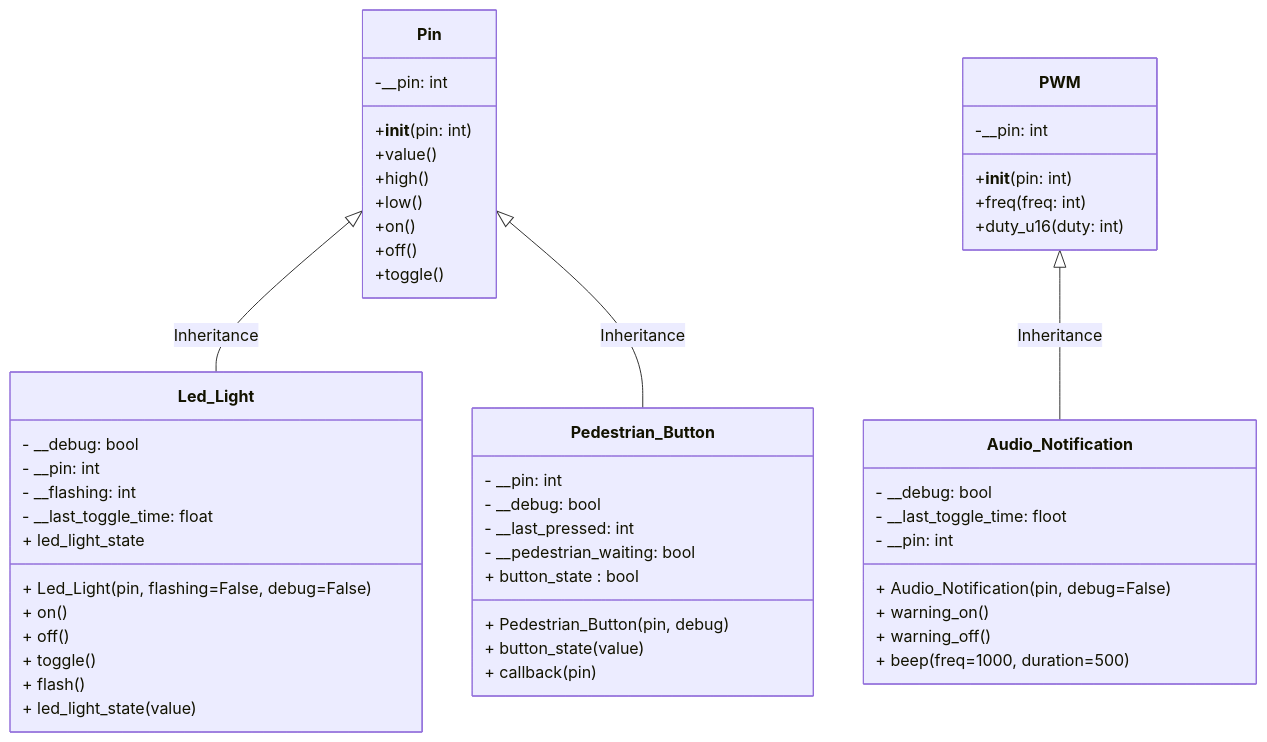
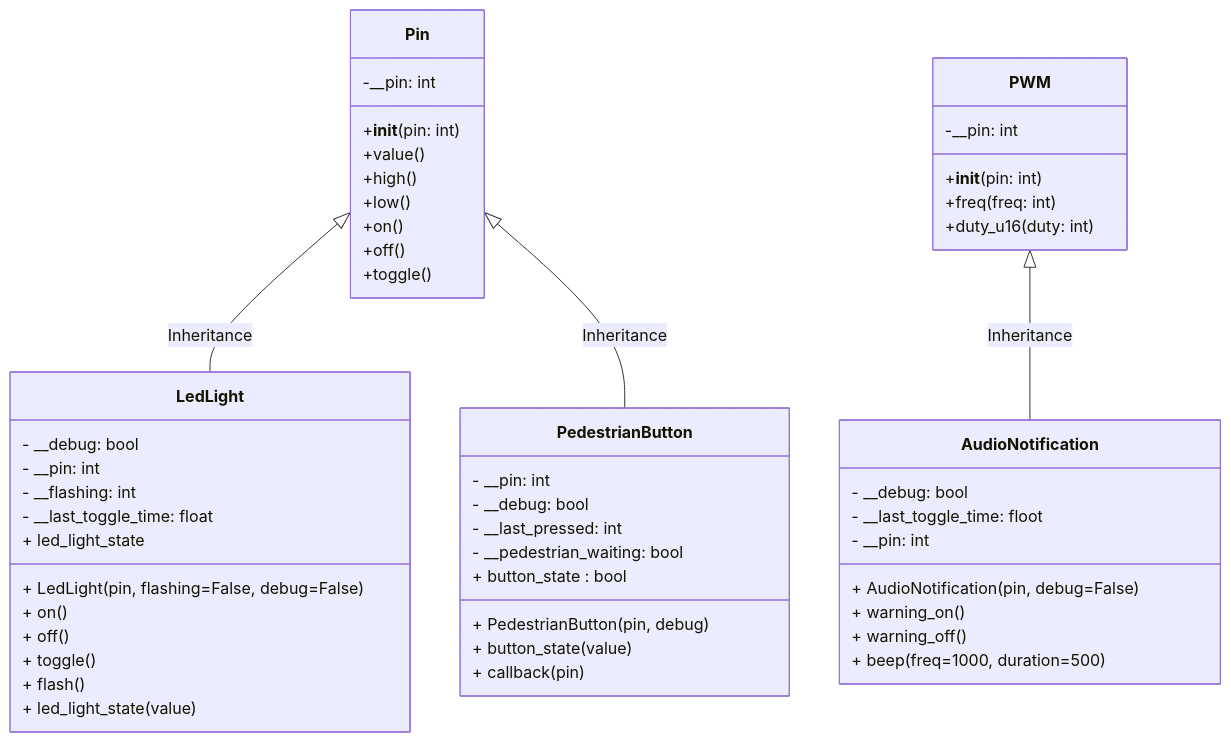
Before and after one commit to TempeHS/MicroPython_OOP_Pi_Pico_Mini_Project_Source: the second of 2 diagrams in tutorials/Lecture1.md, drawn with Mermaid. The commit also changed other lines of this file and 39 other files, not shown here.

````diff
--- a/tutorials/Lecture1.md
+++ b/tutorials/Lecture1.md
@@ -101,59 +101,59 @@
 ```mermaid
 classDiagram
     class Pin {
         -__pin: int
         +__init__(pin: int)
         +value()
         +high()
         +low()
         +on()
         +off()
         +toggle()
     }
 
     class PWM {
         -__pin: int
         +__init__(pin: int)
         +freq(freq: int)
         +duty_u16(duty: int)
     }
 
-    class Audio_Notification {
+    class AudioNotification {
         - __debug: bool
         - __last_toggle_time: floot
         - __pin: int
-        + Audio_Notification(pin, debug=False)
+        + AudioNotification(pin, debug=False)
         + warning_on()
         + warning_off()
         + beep(freq=1000, duration=500)
     }
-    PWM <|-- Audio_Notification : Inheritance
+    PWM <|-- AudioNotification : Inheritance
 
-    class Led_Light {
+    class LedLight {
         - __debug: bool
         - __pin: int
         - __flashing: int
         - __last_toggle_time: float
-        + Led_Light(pin, flashing=False, debug=False)
+        + LedLight(pin, flashing=False, debug=False)
         + on()
         + off()
         + toggle()
         + flash()
         + led_light_state
         + led_light_state(value)
     }
-    Pin <|-- Led_Light : Inheritance
+    Pin <|-- LedLight : Inheritance
 
-    class Pedestrian_Button {
+    class PedestrianButton {
         - __pin: int
         - __debug: bool
         - __last_pressed: int
         - __pedestrian_waiting: bool
-        + Pedestrian_Button(pin, debug)
+        + PedestrianButton(pin, debug)
         + button_state : bool
         + button_state(value)
         + callback(pin)
     }
-    Pin <|-- Pedestrian_Button : Inheritance
+    Pin <|-- PedestrianButton : Inheritance
 
 ```
````
